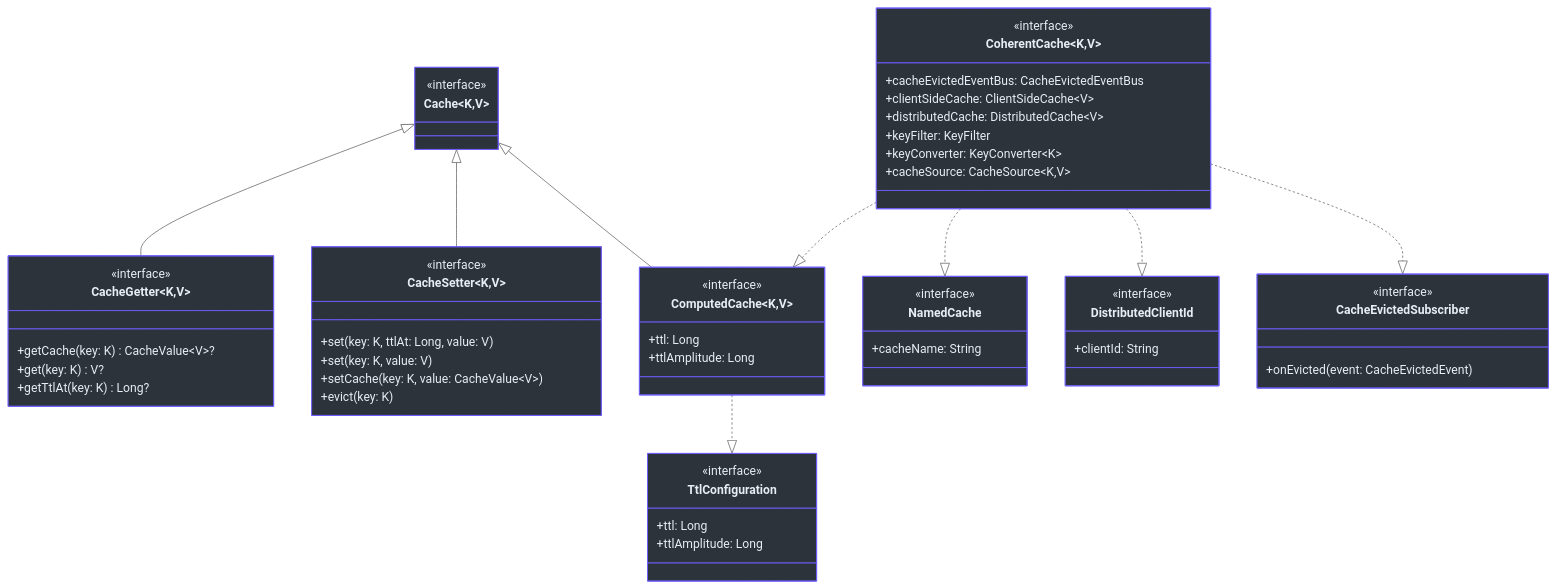
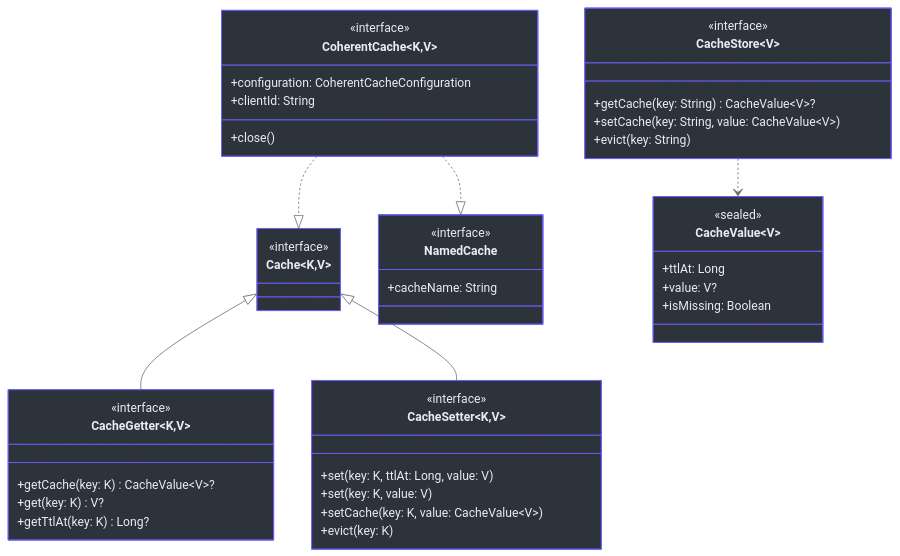
The first of 5 diagrams in wiki/api/index.md (Ahoo-Wang/CoCache), drawn with Mermaid (neutral theme) before and after one commit. The commit also changed other lines of this file and 256 other files, not shown here.

````diff
--- a/wiki/api/index.md
+++ b/wiki/api/index.md
@@ -27,71 +27,57 @@
 ```mermaid
 classDiagram
     direction TB
 
     class Cache~K,V~ {
         <<interface>>
     }
     class CacheGetter~K,V~ {
         <<interface>>
         +getCache(key: K) CacheValue~V~?
         +get(key: K) V?
         +getTtlAt(key: K) Long?
     }
     class CacheSetter~K,V~ {
         <<interface>>
         +set(key: K, ttlAt: Long, value: V)
         +set(key: K, value: V)
         +setCache(key: K, value: CacheValue~V~)
         +evict(key: K)
     }
-    class ComputedCache~K,V~ {
-        <<interface>>
-        +ttl: Long
-        +ttlAmplitude: Long
-    }
     class NamedCache {
         <<interface>>
         +cacheName: String
     }
-    class DistributedClientId {
+    class CacheValue~V~ {
+        <<sealed>>
+        +ttlAt: Long
+        +value: V?
+        +isMissing: Boolean
+    }
+    class CacheStore~V~ {
         <<interface>>
-        +clientId: String
-    }
-    class TtlConfiguration {
-        <<interface>>
-        +ttl: Long
-        +ttlAmplitude: Long
-    }
-    class CacheEvictedSubscriber {
-        <<interface>>
-        +onEvicted(event: CacheEvictedEvent)
+        +getCache(key: String) CacheValue~V~?
+        +setCache(key: String, value: CacheValue~V~)
+        +evict(key: String)
     }
     class CoherentCache~K,V~ {
         <<interface>>
-        +cacheEvictedEventBus: CacheEvictedEventBus
-        +clientSideCache: ClientSideCache~V~
-        +distributedCache: DistributedCache~V~
-        +keyFilter: KeyFilter
-        +keyConverter: KeyConverter~K~
-        +cacheSource: CacheSource~K,V~
+        +configuration: CoherentCacheConfiguration
+        +clientId: String
+        +close()
     }
 
     Cache <|-- CacheGetter
     Cache <|-- CacheSetter
-    Cache <|-- ComputedCache
-    ComputedCache ..|> TtlConfiguration
-    CoherentCache ..|> ComputedCache
-    CoherentCache ..|> DistributedClientId
+    CoherentCache ..|> Cache
     CoherentCache ..|> NamedCache
-    CoherentCache ..|> CacheEvictedSubscriber
+    CacheStore ..> CacheValue
 
     style Cache fill:#2d333b,stroke:#6d5dfc,color:#e6edf3
     style CacheGetter fill:#2d333b,stroke:#6d5dfc,color:#e6edf3
     style CacheSetter fill:#2d333b,stroke:#6d5dfc,color:#e6edf3
-    style ComputedCache fill:#2d333b,stroke:#6d5dfc,color:#e6edf3
     style NamedCache fill:#2d333b,stroke:#6d5dfc,color:#e6edf3
-    style DistributedClientId fill:#2d333b,stroke:#6d5dfc,color:#e6edf3
-    style TtlConfiguration fill:#2d333b,stroke:#6d5dfc,color:#e6edf3
-    style CacheEvictedSubscriber fill:#2d333b,stroke:#6d5dfc,color:#e6edf3
+    style CacheValue fill:#2d333b,stroke:#6d5dfc,color:#e6edf3
+    style CacheStore fill:#2d333b,stroke:#6d5dfc,color:#e6edf3
     style CoherentCache fill:#2d333b,stroke:#6d5dfc,color:#e6edf3
 ```
````
